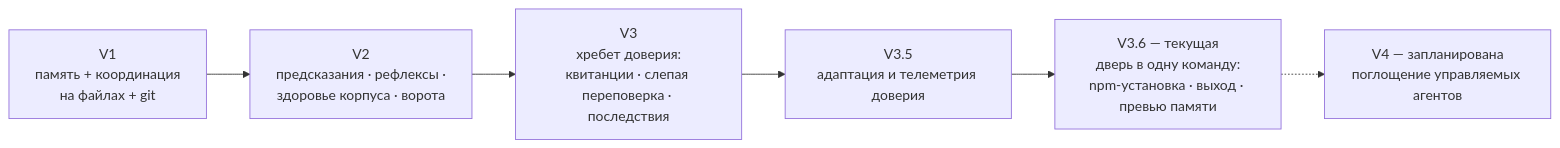
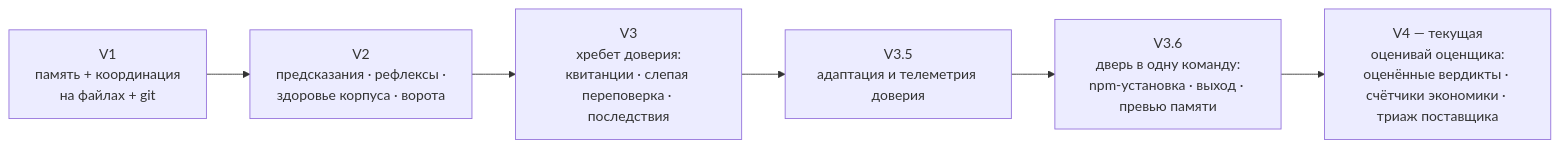
One commit to sma-framework/sma changed diagram 24 of 24 in README.ru.md. Above: the diagram before and after it, drawn with Mermaid. The commit also changed other lines of this file and 40 other files, not shown here.

````diff
--- a/README.ru.md
+++ b/README.ru.md
@@ -846,8 +945,8 @@
 ```mermaid
 flowchart LR
     V1["V1<br>память + координация<br>на файлах + git"] --> V2["V2<br>предсказания · рефлексы ·<br>здоровье корпуса · ворота"]
     V2 --> V3["V3<br>хребет доверия:<br>квитанции · слепая переповерка · последствия"]
     V3 --> V35["V3.5<br>адаптация и телеметрия доверия"]
-    V35 --> V36["V3.6 — текущая<br>дверь в одну команду:<br>npm-установка · выход · превью памяти"]
-    V36 -.-> V4["V4 — запланирована<br>поглощение управляемых агентов"]
+    V35 --> V36["V3.6<br>дверь в одну команду:<br>npm-установка · выход · превью памяти"]
+    V36 --> V4["V4 — текущая<br>оценивай оценщика:<br>оценённые вердикты · счётчики экономики · триаж поставщика"]
 ```
````
